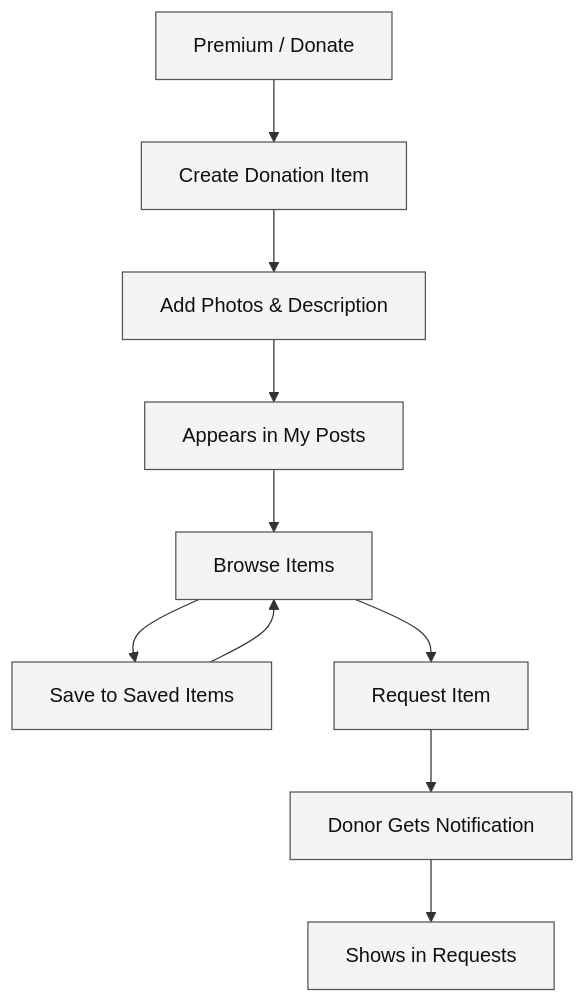
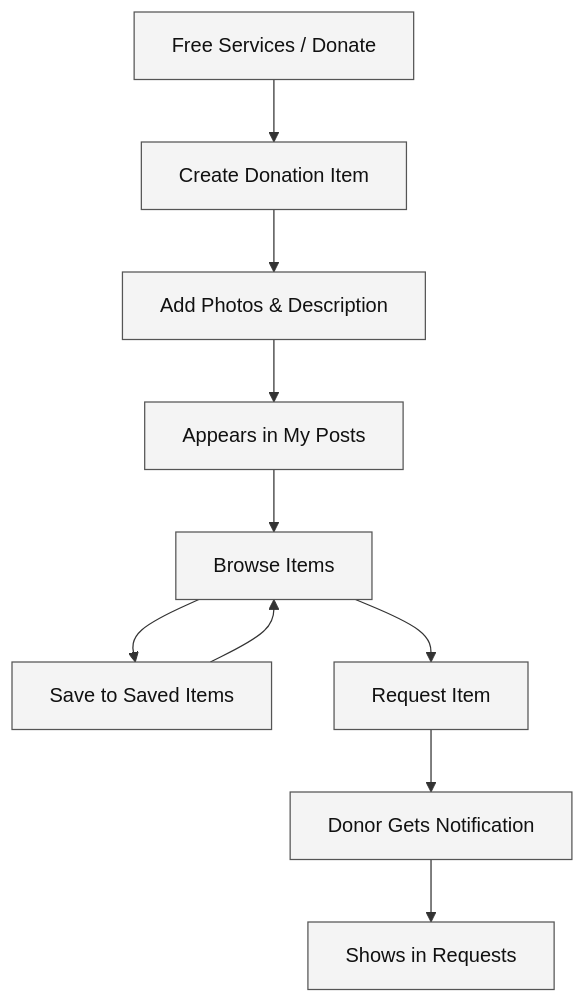
One commit to CapstoneDesign-Spring2026-UlsanCollege/Free_Sewaa changed the diagram in docs/Project_UML diagram/sections/04-donation-request-flow.md. Above: the diagram before and after it, drawn with Mermaid. The commit also changed other lines of this file and 67 other files, not shown here.

````diff
--- a/docs/Project_UML diagram/sections/04-donation-request-flow.md
+++ b/docs/Project_UML diagram/sections/04-donation-request-flow.md
@@ -7,20 +7,20 @@
 ```mermaid
 flowchart TD
-    Premium[Premium / Donate] --> Create[Create Donation Item]
+    Premium[Free Services / Donate] --> Create[Create Donation Item]
     Create --> Upload[Add Photos & Description]
     Upload --> Posts[Appears in My Posts]
 
     Posts --> Browse[Browse Items]
     Browse --> Save[Save to Saved Items]
     Browse --> Request[Request Item]
 
     Request --> Notify[Donor Gets Notification]
     Notify --> Incoming[Shows in Requests]
 
     Save --> Browse
 
     classDef page fill:#f4f4f4,stroke:#555,stroke-width:1px,color:#111;
     classDef decision fill:#fff,stroke:#555,stroke-width:1px,color:#111;
 
     class Premium,Create,Upload,Posts,Browse,Save,Request,Notify,Incoming page;
 ```
````
